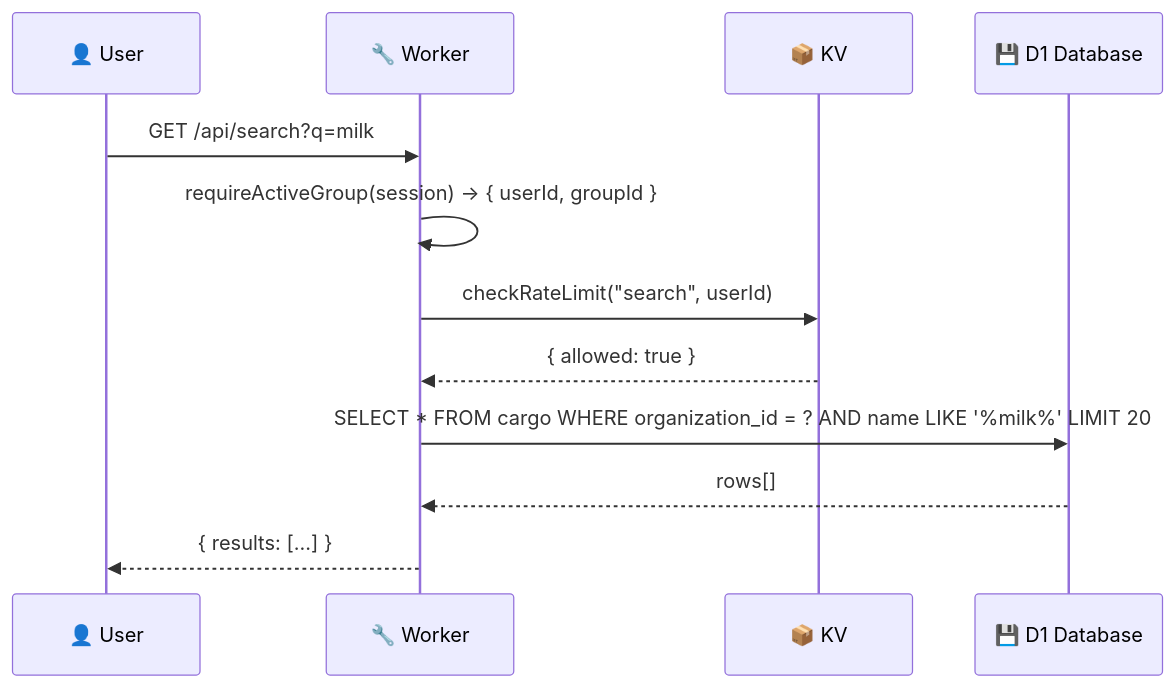
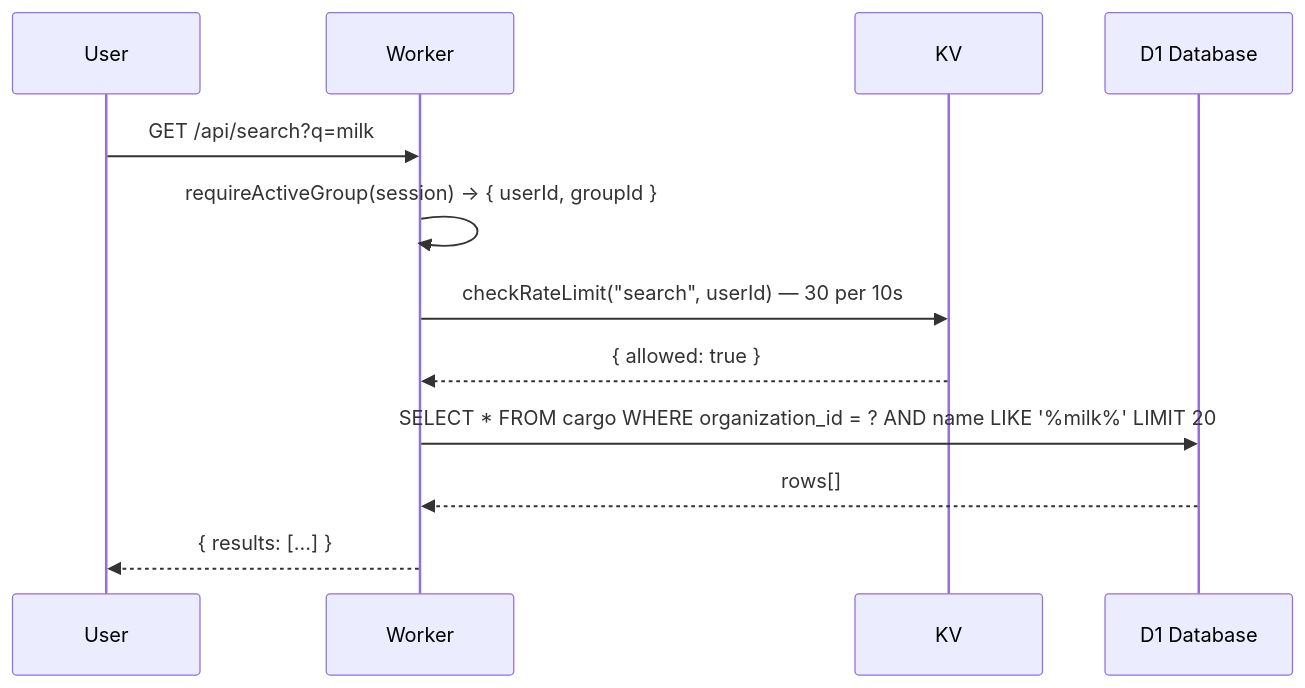
One commit to bjamesdowning/ration-mirror changed the fifth of 16 diagrams in README.md. Above: the diagram before and after it, drawn with Mermaid. The commit also changed other lines of this file and 1 other file, not shown here.

````diff
--- a/README.md
+++ b/README.md
@@ -324,15 +322,15 @@
 ```mermaid
 sequenceDiagram
-    participant User as 👤 User
-    participant Worker as 🔧 Worker
-    participant KV as 📦 KV
-    participant D1 as 💾 D1 Database
+    participant User as User
+    participant Worker as Worker
+    participant KV as KV
+    participant D1 as D1 Database
 
     User->>Worker: GET /api/search?q=milk
     Worker->>Worker: requireActiveGroup(session) → { userId, groupId }
-    Worker->>KV: checkRateLimit("search", userId)
+    Worker->>KV: checkRateLimit("search", userId) — 30 per 10s
     KV-->>Worker: { allowed: true }
     Worker->>D1: SELECT * FROM cargo WHERE organization_id = ? AND name LIKE '%milk%' LIMIT 20
     D1-->>Worker: rows[]
     Worker-->>User: { results: [...] }
 ```
````
